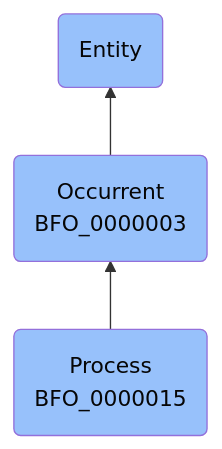
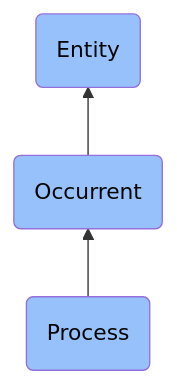
The diagram in docs/ontology/reference/model/Entity/Occurrent/Process/Process.md (jupyter-naas/abi), drawn with Mermaid before and after one commit. The commit also changed other lines of this file and 1430 other files, not shown here.

````diff
--- a/docs/ontology/reference/model/Entity/Occurrent/Process/Process.md
+++ b/docs/ontology/reference/model/Entity/Occurrent/Process/Process.md
@@ -24,10 +24,10 @@
 ```mermaid
 graph BT
-    BFO_0000015(Process<br>BFO_0000015):::BFO-->BFO_0000003
-    BFO_0000003(Occurrent<br>BFO_0000003):::BFO-->BFO_0000001
+    BFO_0000015(Process):::BFO-->BFO_0000003
+    BFO_0000003(Occurrent):::BFO-->BFO_0000001
     BFO_0000001(Entity):::BFO
     
     classDef BFO fill:#97c1fb,color:#060606
     classDef CCO fill:#e4c51e,color:#060606
     classDef ABI fill:#48DD82,color:#060606
 ```
````
